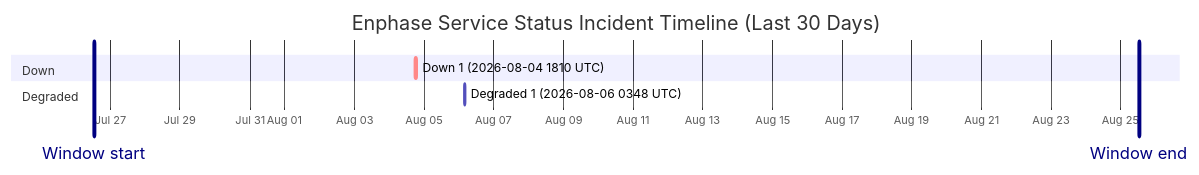
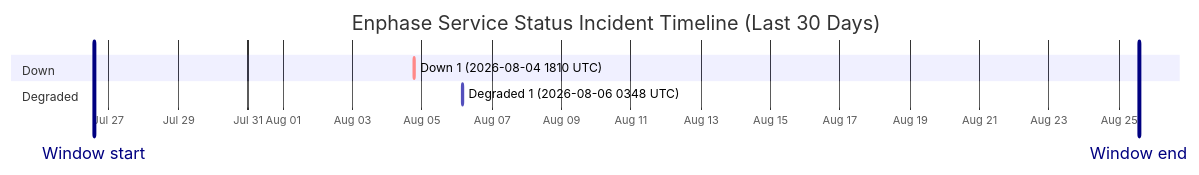
One commit to barneyonline/ha-enphase-energy changed the diagram in wiki/Service-Status-History.md. Above: the diagram before and after it, drawn with Mermaid. The commit also changed other lines of this file and 3 other files, not shown here.

````diff
--- a/wiki/Service-Status-History.md
+++ b/wiki/Service-Status-History.md
@@ -14,12 +14,12 @@
 ```mermaid
 gantt
     title Enphase Service Status Incident Timeline (Last 30 Days)
     dateFormat  YYYY-MM-DDTHH:mm:ss
     axisFormat  %b %d
-    Window start :vert, window-start, 2026-07-26T12:42:43, 0ms
-    Window end :vert, window-end, 2026-08-25T12:42:43, 0ms
+    Window start :vert, window-start, 2026-07-26T13:48:13, 0ms
+    Window end :vert, window-end, 2026-08-25T13:48:13, 0ms
     section Down
     Down 1 (2026-08-04 1810 UTC) :crit, down-1, 2026-08-04T18:10:46, 60m
     section Degraded
     Degraded 1 (2026-08-06 0348 UTC) :active, degraded-1, 2026-08-06T03:48:14, 60m
 ```
````
